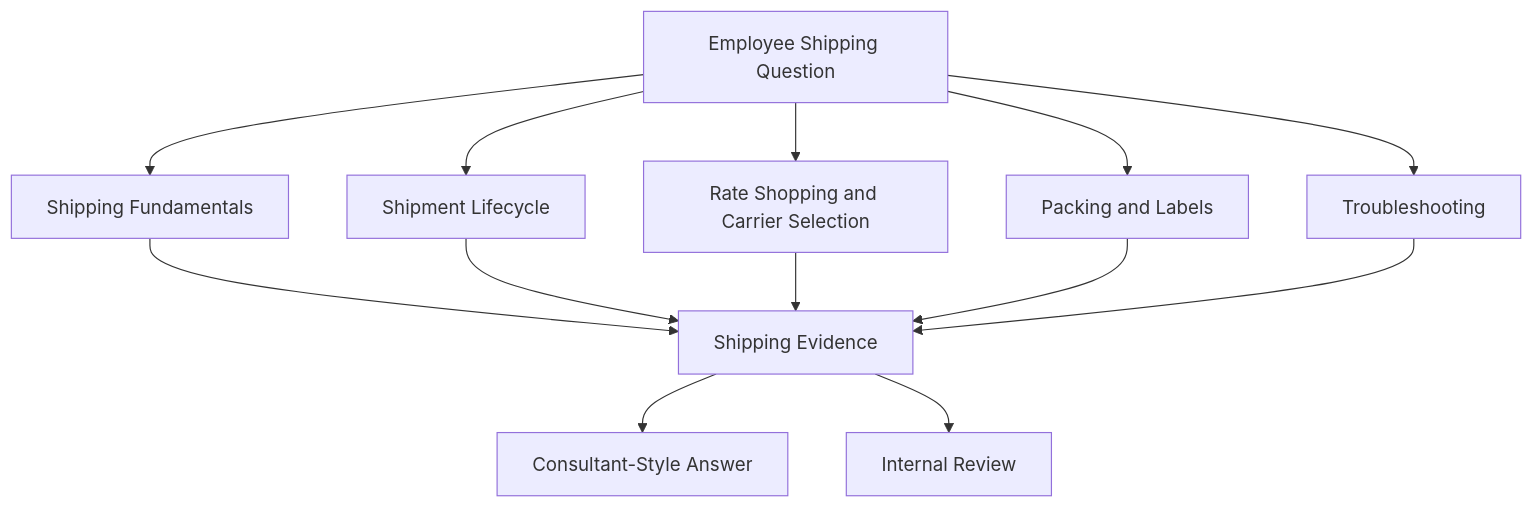
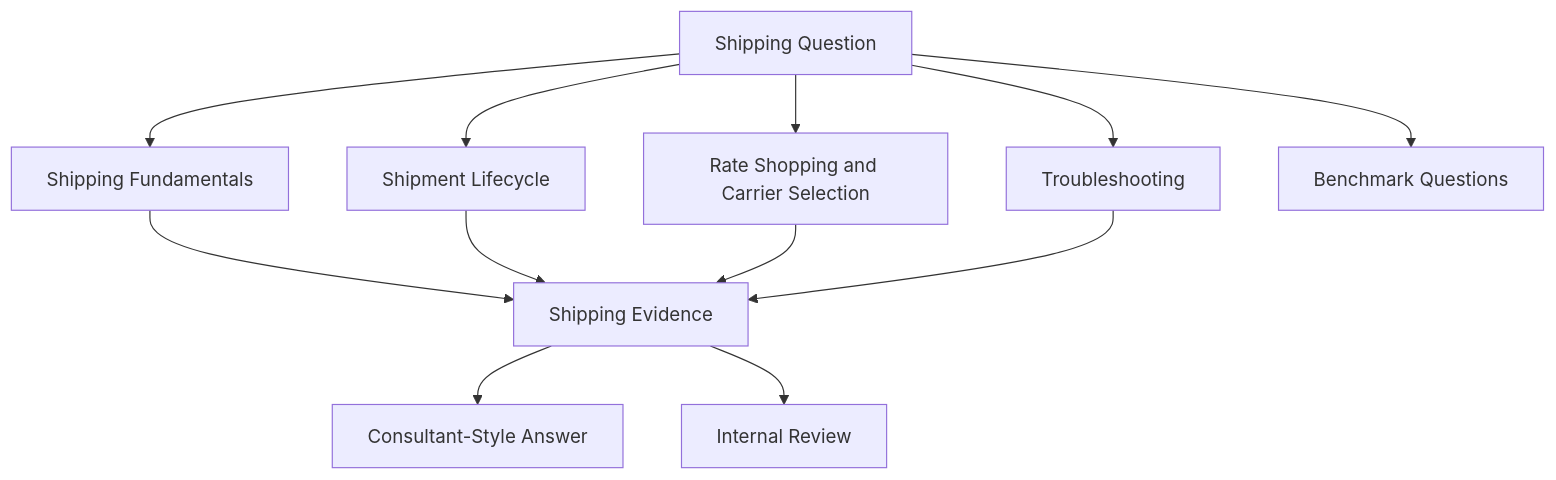
The third of 3 diagrams in docs/integrations/pacejet/README.md (SnugsV/NetSuite-Knowledge-Base-General), drawn with Mermaid before and after one commit. The commit also changed other lines of this file, not shown here.

````diff
--- a/docs/integrations/pacejet/README.md
+++ b/docs/integrations/pacejet/README.md
@@ -211,25 +220,24 @@
 ```mermaid
 flowchart TD
-    Question[Employee Shipping Question]
+    Question[Shipping Question]
     Fundamentals[Shipping Fundamentals]
     Lifecycle[Shipment Lifecycle]
     RateShopping[Rate Shopping and Carrier Selection]
-    Packing[Packing and Labels]
     Troubleshooting[Troubleshooting]
+    Benchmarks[Benchmark Questions]
     Evidence[Shipping Evidence]
     Internal[Internal Review]
     Answer[Consultant-Style Answer]
 
     Question --> Fundamentals
     Question --> Lifecycle
     Question --> RateShopping
-    Question --> Packing
     Question --> Troubleshooting
+    Question --> Benchmarks
     Fundamentals --> Evidence
     Lifecycle --> Evidence
     RateShopping --> Evidence
-    Packing --> Evidence
     Troubleshooting --> Evidence
     Evidence --> Answer
     Evidence --> Internal
 ```
````
